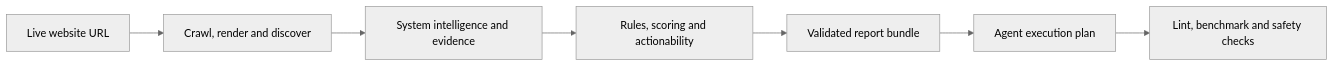
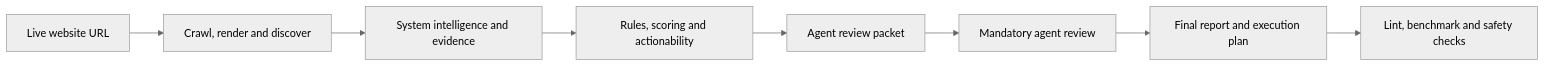
Before and after one commit to RNT56/SEO-workflow: the diagram in README.md, drawn with Mermaid (neutral theme). The commit also changed other lines of this file and 24 other files, not shown here.

First line of the commit message:
Add mandatory agent review phase

````diff
--- a/README.md
+++ b/README.md
@@ -38,9 +38,10 @@
 ```mermaid
 flowchart LR
   A["Live website URL"] --> B["Crawl, render and discover"]
   B --> C["System intelligence and evidence"]
   C --> D["Rules, scoring and actionability"]
-  D --> E["Validated report bundle"]
-  E --> F["Agent execution plan"]
-  F --> G["Lint, benchmark and safety checks"]
+  D --> E["Agent review packet"]
+  E --> F["Mandatory agent review"]
+  F --> G["Final report and execution plan"]
+  G --> H["Lint, benchmark and safety checks"]
 ```
````
